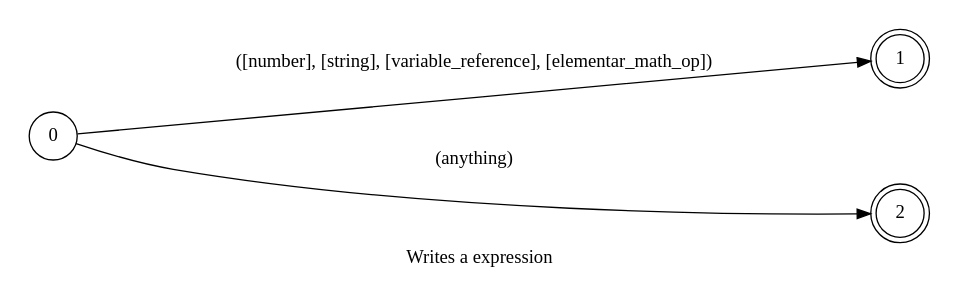
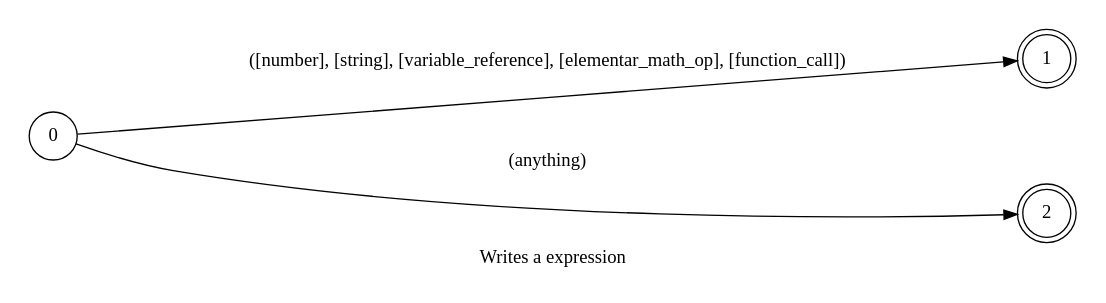
One commit to pedrooaugusto/speech-to-code changed the diagram in spoken/src/modules/typescript/expressions/phrase_en-US.dot. Above: the diagram before and after it, drawn with Graphviz. The commit also changed 60 other files, not shown here.

```diff
--- a/spoken/src/modules/typescript/expressions/phrase_en-US.dot
+++ b/spoken/src/modules/typescript/expressions/phrase_en-US.dot
@@ -1,19 +1,19 @@
 digraph expressions {
     id="expressions";
     label="Writes a expression";
     lang="en-US";
     langName="English";
     pad="0.2";
     nodesep="1";
     ranksep="2";
     rankdir=LR;
     alias="true";
     node[shape=doublecircle]; 1 2;
     node[shape=circle];
 
-    0 -> 1 [label="([number], [string], [variable_reference], [elementar_math_op])", store=expression];
+    0 -> 1 [label="([number], [string], [variable_reference], [elementar_math_op], [function_call])", store=expression];
     0 -> 2 [label="(anything)", store=wildCard, normalizer="identity"];
 
     title="Writes a expression";
     desc="Writes a expression in the editor, this is meant to be used inside another automatas";
 }
```
